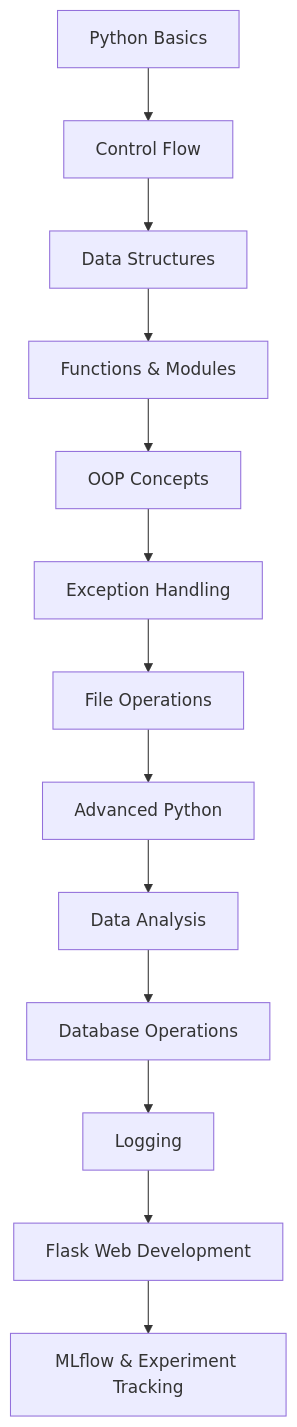
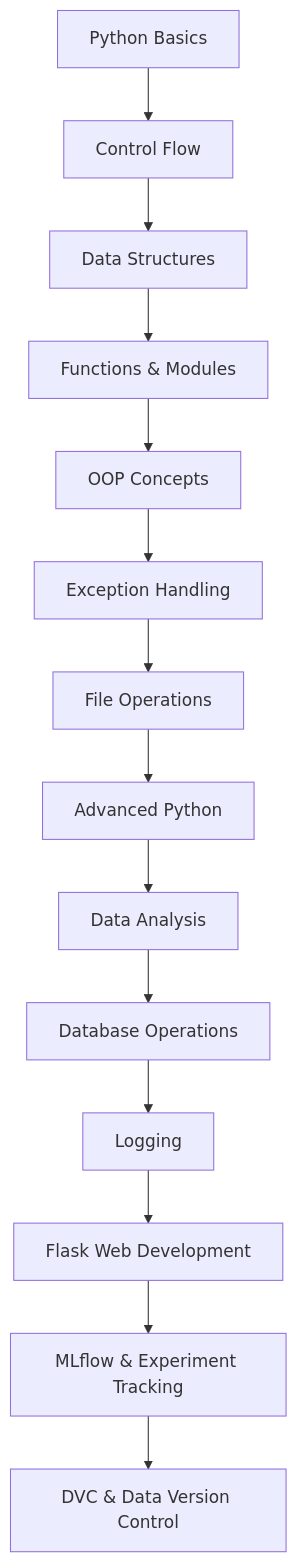
Before and after one commit to jagadeshchilla/MLOPS: the diagram in README.md, drawn with Mermaid. The commit also changed other lines of this file, not shown here.

Commit message:
updated dvc

````diff
--- a/README.md
+++ b/README.md
@@ -51,15 +54,16 @@
 ```mermaid
 graph TD
     A[Python Basics] --> B[Control Flow]
     B --> C[Data Structures]
     C --> D[Functions & Modules]
     D --> E[OOP Concepts]
     E --> F[Exception Handling]
     F --> G[File Operations]
     G --> H[Advanced Python]
     H --> I[Data Analysis]
     I --> J[Database Operations]
     J --> K[Logging]
     K --> L[Flask Web Development]
     L --> M[MLflow & Experiment Tracking]
+    M --> N[DVC & Data Version Control]
 ```
````
